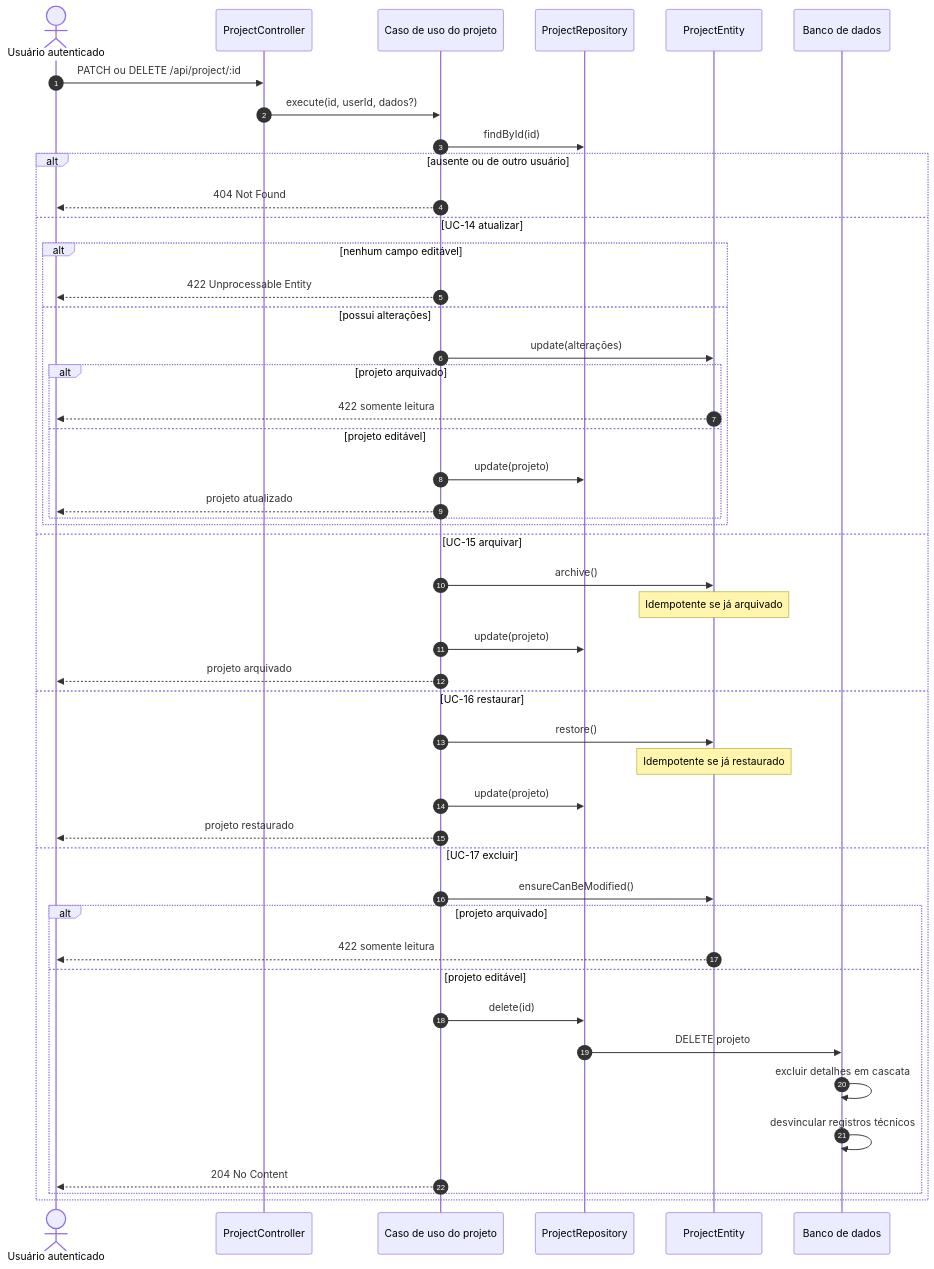
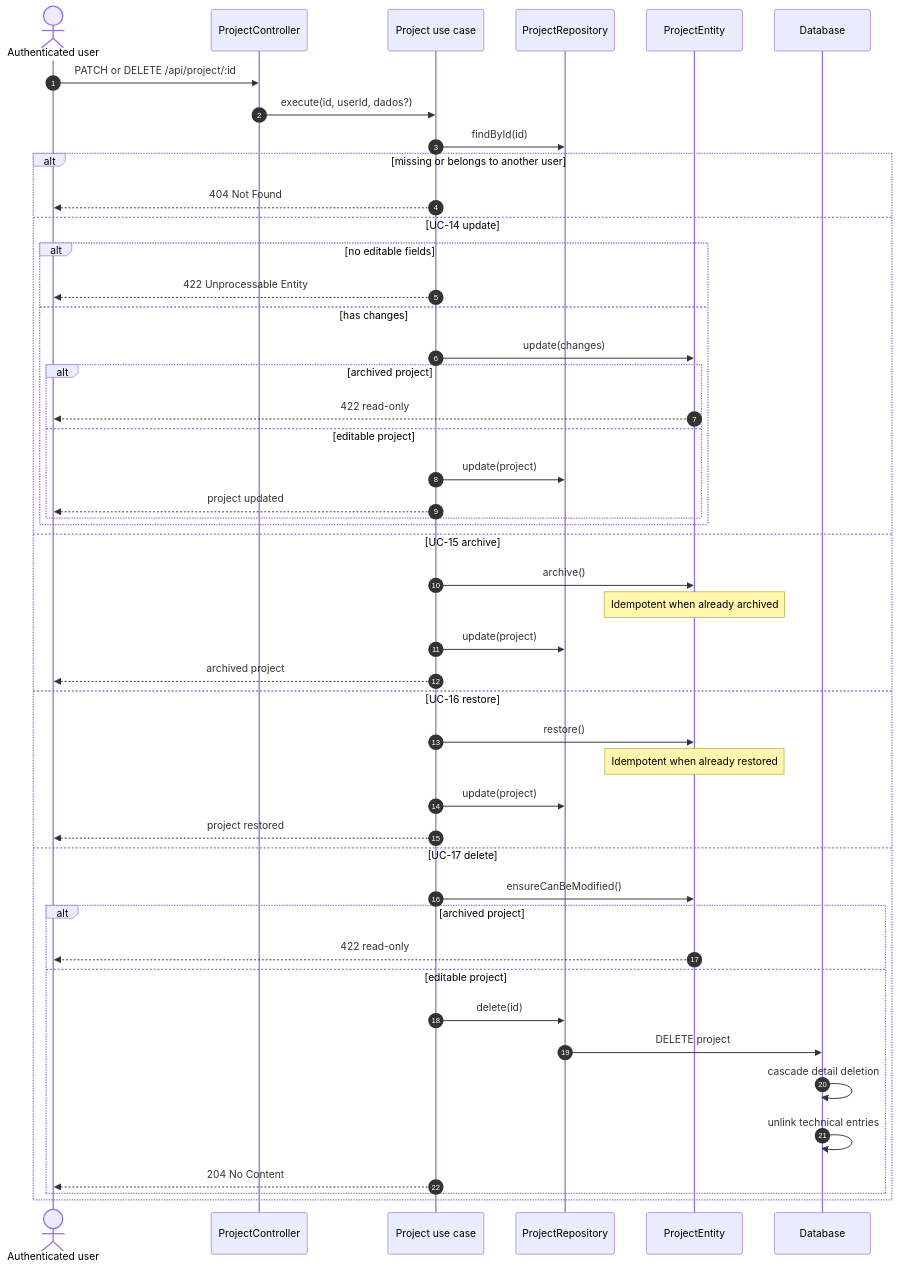
One commit to Lucalopezz/DevLog changed the third of 6 diagrams in docs/diagrams/sequences/projects.md. Above: the diagram before and after it, drawn with Mermaid. The commit also changed other lines of this file and 235 other files, not shown here.

````diff
--- a/docs/diagrams/sequences/projects.md
+++ b/docs/diagrams/sequences/projects.md
@@ -76,50 +76,50 @@
 ```mermaid
 sequenceDiagram
     autonumber
-    actor Usuario as Usuário autenticado
+    actor UserActor as Authenticated user
     participant C as ProjectController
-    participant UC as Caso de uso do projeto
+    participant UC as Project use case
     participant PRepo as ProjectRepository
     participant Project as ProjectEntity
-    participant DB as Banco de dados
+    participant DB as Database
 
-    Usuario->>C: PATCH ou DELETE /api/project/:id
+    UserActor->>C: PATCH or DELETE /api/project/:id
     C->>UC: execute(id, userId, dados?)
     UC->>PRepo: findById(id)
-    alt ausente ou de outro usuário
-        UC-->>Usuario: 404 Not Found
-    else UC-14 atualizar
-        alt nenhum campo editável
-            UC-->>Usuario: 422 Unprocessable Entity
-        else possui alterações
-            UC->>Project: update(alterações)
-            alt projeto arquivado
-                Project-->>Usuario: 422 somente leitura
-            else projeto editável
-                UC->>PRepo: update(projeto)
-                UC-->>Usuario: projeto atualizado
+    alt missing or belongs to another user
+        UC-->>UserActor: 404 Not Found
+    else UC-14 update
+        alt no editable fields
+            UC-->>UserActor: 422 Unprocessable Entity
+        else has changes
+            UC->>Project: update(changes)
+            alt archived project
+                Project-->>UserActor: 422 read-only
+            else editable project
+                UC->>PRepo: update(project)
+                UC-->>UserActor: project updated
             end
         end
-    else UC-15 arquivar
+    else UC-15 archive
         UC->>Project: archive()
-        Note over Project: Idempotente se já arquivado
-        UC->>PRepo: update(projeto)
-        UC-->>Usuario: projeto arquivado
-    else UC-16 restaurar
+        Note over Project: Idempotent when already archived
+        UC->>PRepo: update(project)
+        UC-->>UserActor: archived project
+    else UC-16 restore
         UC->>Project: restore()
-        Note over Project: Idempotente se já restaurado
-        UC->>PRepo: update(projeto)
-        UC-->>Usuario: projeto restaurado
-    else UC-17 excluir
+        Note over Project: Idempotent when already restored
+        UC->>PRepo: update(project)
+        UC-->>UserActor: project restored
+    else UC-17 delete
         UC->>Project: ensureCanBeModified()
-        alt projeto arquivado
-            Project-->>Usuario: 422 somente leitura
-        else projeto editável
+        alt archived project
+            Project-->>UserActor: 422 read-only
+        else editable project
             UC->>PRepo: delete(id)
-            PRepo->>DB: DELETE projeto
-            DB->>DB: excluir detalhes em cascata
-            DB->>DB: desvincular registros técnicos
-            UC-->>Usuario: 204 No Content
+            PRepo->>DB: DELETE project
+            DB->>DB: cascade detail deletion
+            DB->>DB: unlink technical entries
+            UC-->>UserActor: 204 No Content
         end
     end
 ```
````
